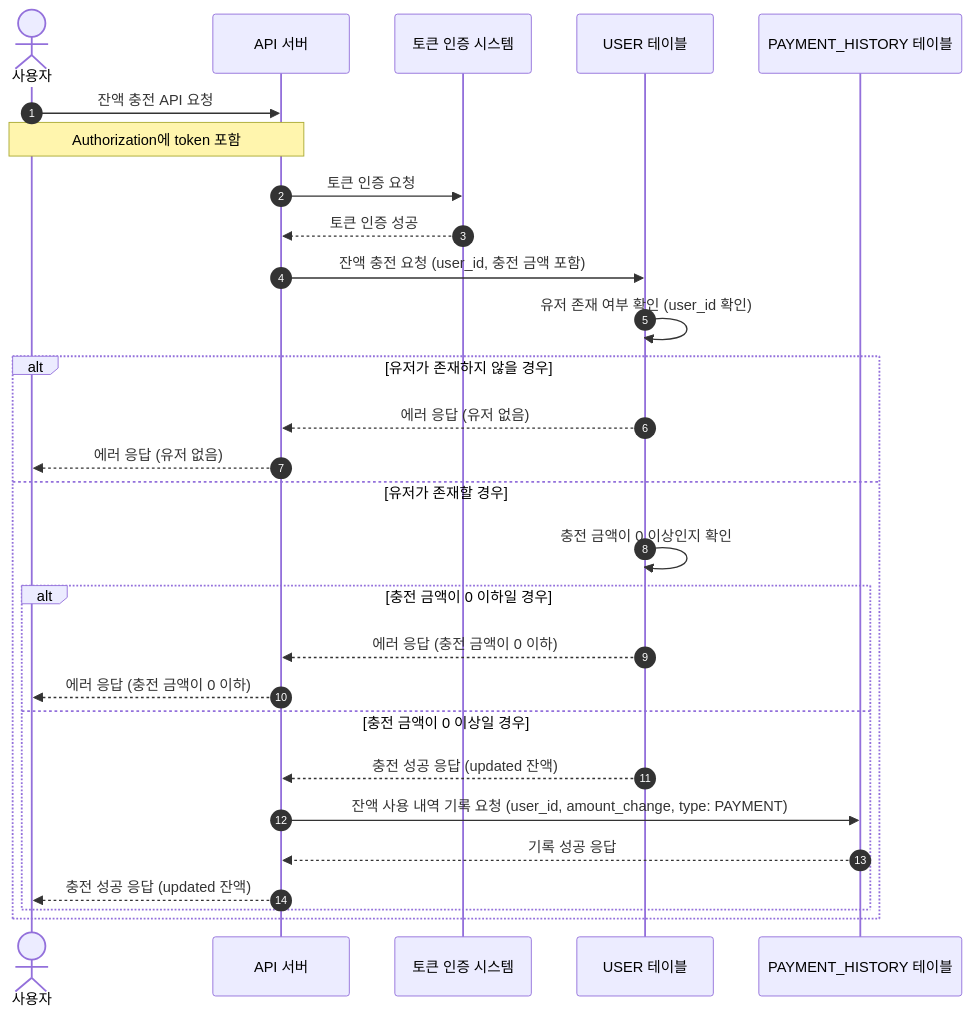
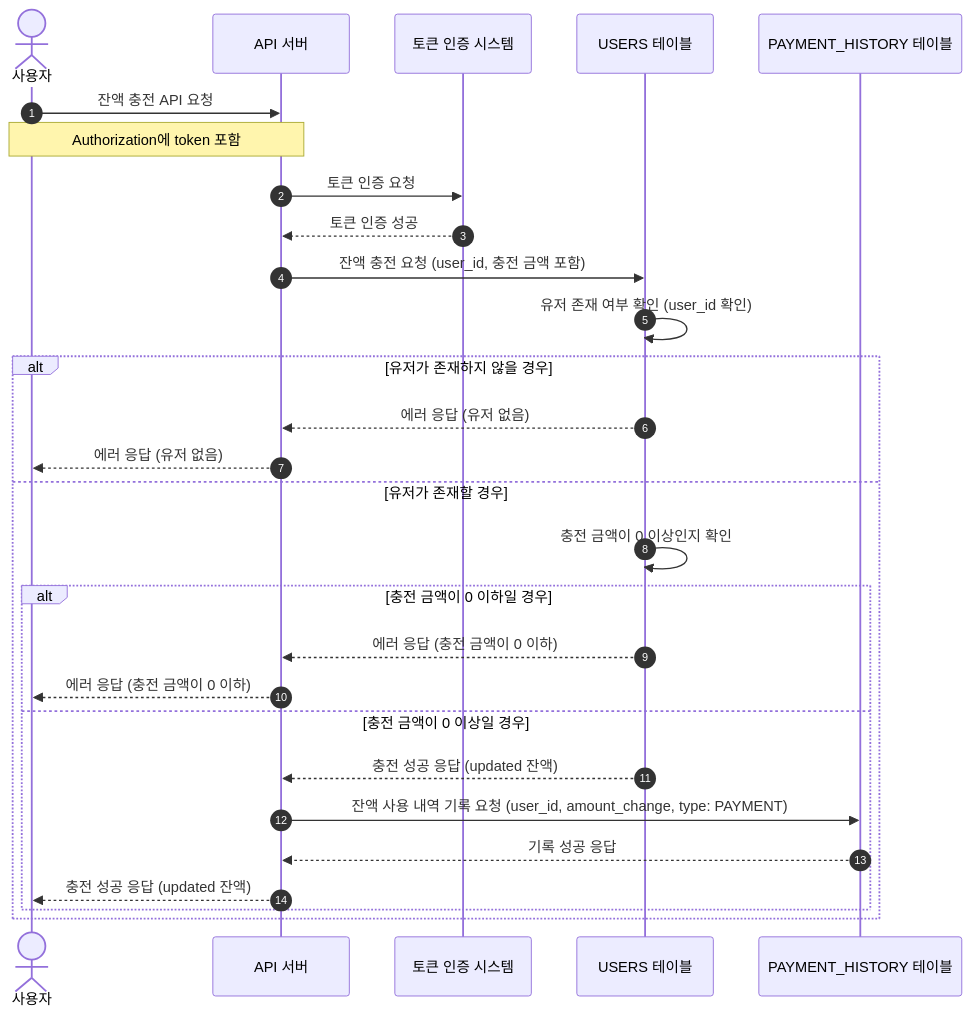
One commit to Cheondongmin/concert-java changed the sixth of 8 diagrams in docs/sequence.md. Above: the diagram before and after it, drawn with Mermaid. The commit also changed other lines of this file and 26 other files, not shown here.

````diff
--- a/docs/sequence.md
+++ b/docs/sequence.md
@@ -178,34 +178,34 @@
 ```mermaid
 sequenceDiagram
     autonumber
     actor 사용자 as 사용자
     participant API as API 서버
     participant AUTH as 토큰 인증 시스템
-    participant USER as USER 테이블
+    participant USERS as USERS 테이블
     participant PAYMENT_HISTORY as PAYMENT_HISTORY 테이블
 
     사용자 ->> API: 잔액 충전 API 요청
     Note over 사용자, API: Authorization에 token 포함
     API ->> AUTH: 토큰 인증 요청
     AUTH -->> API: 토큰 인증 성공
 
-    API ->> USER: 잔액 충전 요청 (user_id, 충전 금액 포함)
-    USER ->> USER: 유저 존재 여부 확인 (user_id 확인)
+    API ->> USERS: 잔액 충전 요청 (user_id, 충전 금액 포함)
+    USERS ->> USERS: 유저 존재 여부 확인 (user_id 확인)
 
     alt 유저가 존재하지 않을 경우
-        USER -->> API: 에러 응답 (유저 없음)
+        USERS -->> API: 에러 응답 (유저 없음)
         API -->> 사용자: 에러 응답 (유저 없음)
     else 유저가 존재할 경우
-        USER ->> USER: 충전 금액이 0 이상인지 확인
+        USERS ->> USERS: 충전 금액이 0 이상인지 확인
         alt 충전 금액이 0 이하일 경우
-            USER -->> API: 에러 응답 (충전 금액이 0 이하)
+            USERS -->> API: 에러 응답 (충전 금액이 0 이하)
             API -->> 사용자: 에러 응답 (충전 금액이 0 이하)
         else 충전 금액이 0 이상일 경우
-            USER -->> API: 충전 성공 응답 (updated 잔액)
+            USERS -->> API: 충전 성공 응답 (updated 잔액)
             API ->> PAYMENT_HISTORY: 잔액 사용 내역 기록 요청 (user_id, amount_change, type: PAYMENT)
             PAYMENT_HISTORY -->> API: 기록 성공 응답
             API -->> 사용자: 충전 성공 응답 (updated 잔액)
         end
     end
 
 ```
````
